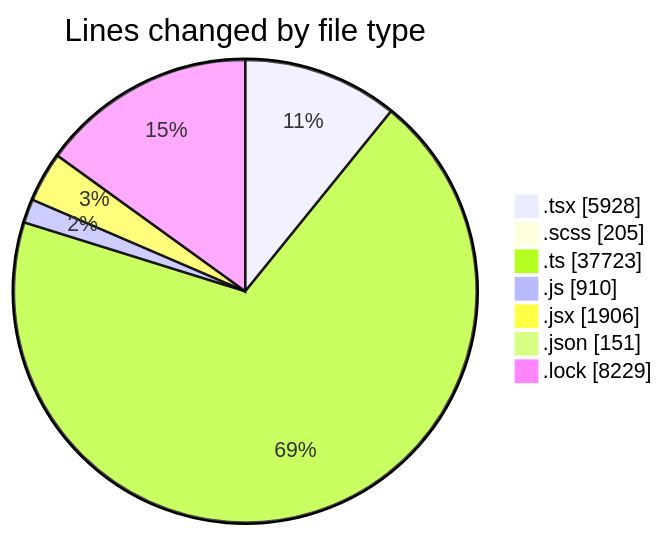
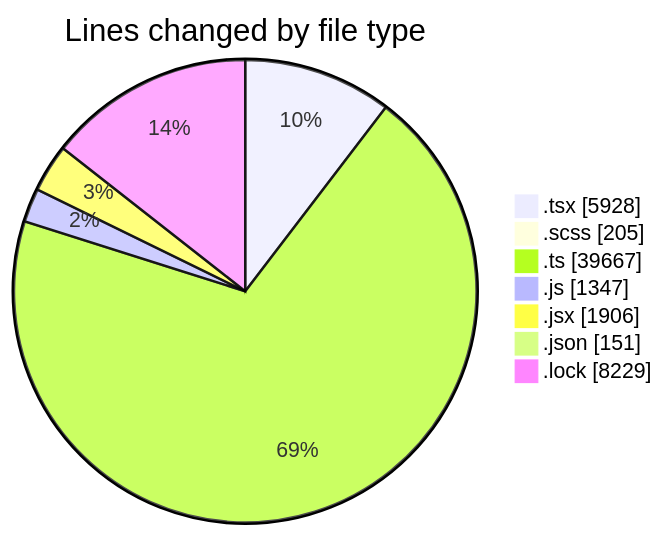
One commit to momahboobian/code-tracking changed the first of 2 diagrams in 2026-09-10/cda/README.md. Above: the diagram before and after it, drawn with Mermaid. The commit also changed other lines of this file and 1 other file, not shown here.

````diff
--- a/2026-09-10/cda/README.md
+++ b/2026-09-10/cda/README.md
@@ -88,11 +89,11 @@
 ```mermaid
 pie showData
 title Lines changed by file type
 ".tsx" : 5928
 ".scss" : 205
-".ts" : 37723
-".js" : 910
+".ts" : 39667
+".js" : 1347
 ".jsx" : 1906
 ".json" : 151
 ".lock" : 8229
 ```
````
